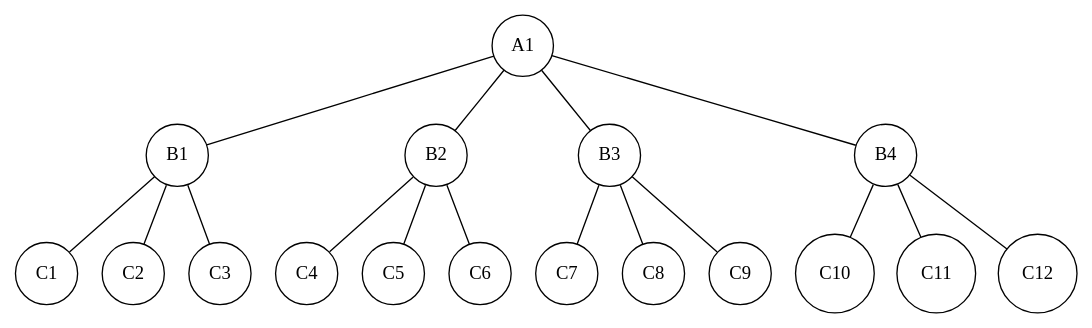
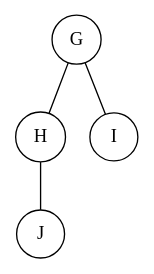
The diagram in Tree/Tree/Figures/Tree.dot (Time-Coder/Data_Structure), drawn with Graphviz before and after one commit. The commit also changed 18 other files, not shown here.

```diff
--- a/Tree/Tree/Figures/Tree.dot
+++ b/Tree/Tree/Figures/Tree.dot
@@ -1,37 +1,11 @@
 graph
 {
 	0--1;
 	0--2;
-	0--3;
-	0--4;
-	4--5;
-	4--6;
-	4--7;
-	3--8;
-	3--9;
-	3--10;
-	2--11;
-	2--12;
-	2--13;
-	1--14;
-	1--15;
-	1--16;
+	1--3;
 
-	14[shape="circle",label="C1"];
-	15[shape="circle",label="C2"];
-	16[shape="circle",label="C3"];
-	1[shape="circle",label="B1"];
-	11[shape="circle",label="C4"];
-	12[shape="circle",label="C5"];
-	13[shape="circle",label="C6"];
-	2[shape="circle",label="B2"];
-	8[shape="circle",label="C7"];
-	9[shape="circle",label="C8"];
-	10[shape="circle",label="C9"];
-	3[shape="circle",label="B3"];
-	5[shape="circle",label="C10"];
-	6[shape="circle",label="C11"];
-	7[shape="circle",label="C12"];
-	4[shape="circle",label="B4"];
-	0[shape="circle",label="A1"];
+	3[shape="circle",label="J"];
+	1[shape="circle",label="H"];
+	2[shape="circle",label="I"];
+	0[shape="circle",label="G"];
 }
```
